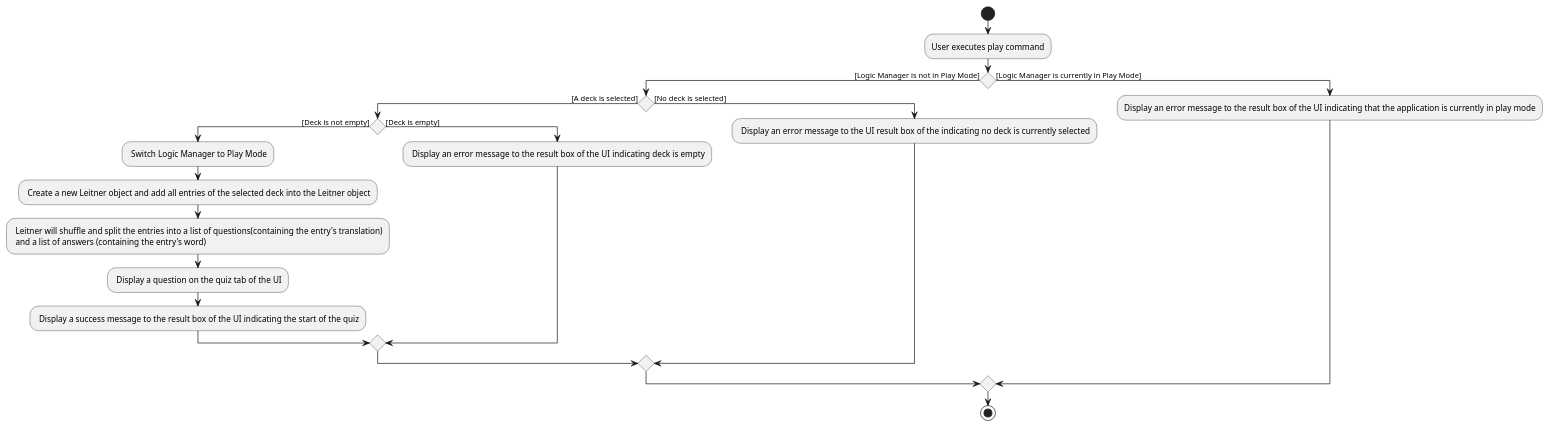
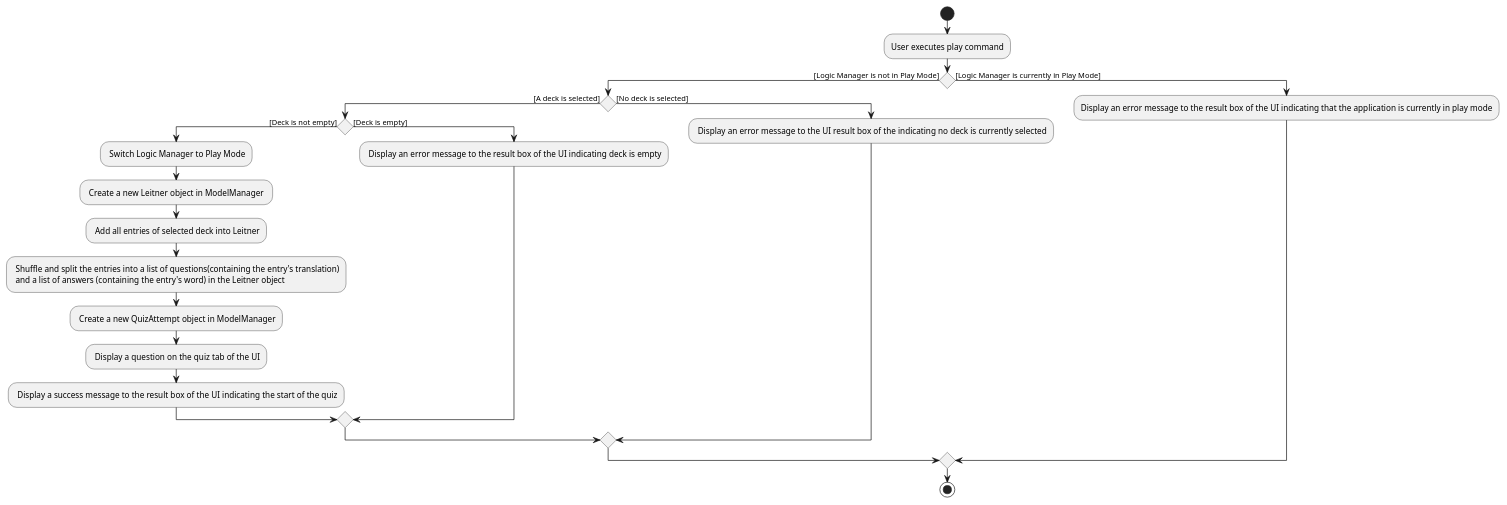
One commit to vigneshbhuvan-nus/tp changed the diagram in docs/diagrams/PlayActivityDiagram.puml. Above: the diagram before and after it, drawn with PlantUML. The commit also changed 2 other files, not shown here.

Commit message:
Add AnswerActivityDiagram and update PlayActivityDiagram

```diff
--- a/docs/diagrams/PlayActivityDiagram.puml
+++ b/docs/diagrams/PlayActivityDiagram.puml
@@ -1,24 +1,26 @@
 @startuml
 start
 :User executes play command;
 
 if() then ([Logic Manager is not in Play Mode])
     if() then ([A deck is selected])
         if() then ([Deck is not empty])
         : Switch Logic Manager to Play Mode;
-        : Create a new Leitner object and add all entries of the selected deck into the Leitner object;
-        : Leitner will shuffle and split the entries into a list of questions(containing the entry's translation)
-         and a list of answers (containing the entry's word);
+        : Create a new Leitner object in ModelManager ;
+        : Add all entries of selected deck into Leitner;
+        : Shuffle and split the entries into a list of questions(containing the entry's translation)
+         and a list of answers (containing the entry's word) in the Leitner object;
+        : Create a new QuizAttempt object in ModelManager;
         : Display a question on the quiz tab of the UI;
         : Display a success message to the result box of the UI indicating the start of the quiz;
         else ([Deck is empty])
         : Display an error message to the result box of the UI indicating deck is empty;
         endif
     else ([No deck is selected])
     : Display an error message to the UI result box of the indicating no deck is currently selected;
     endif
 else([Logic Manager is currently in Play Mode])
 :Display an error message to the result box of the UI indicating that the application is currently in play mode;
 endif
 stop
 @enduml
```
